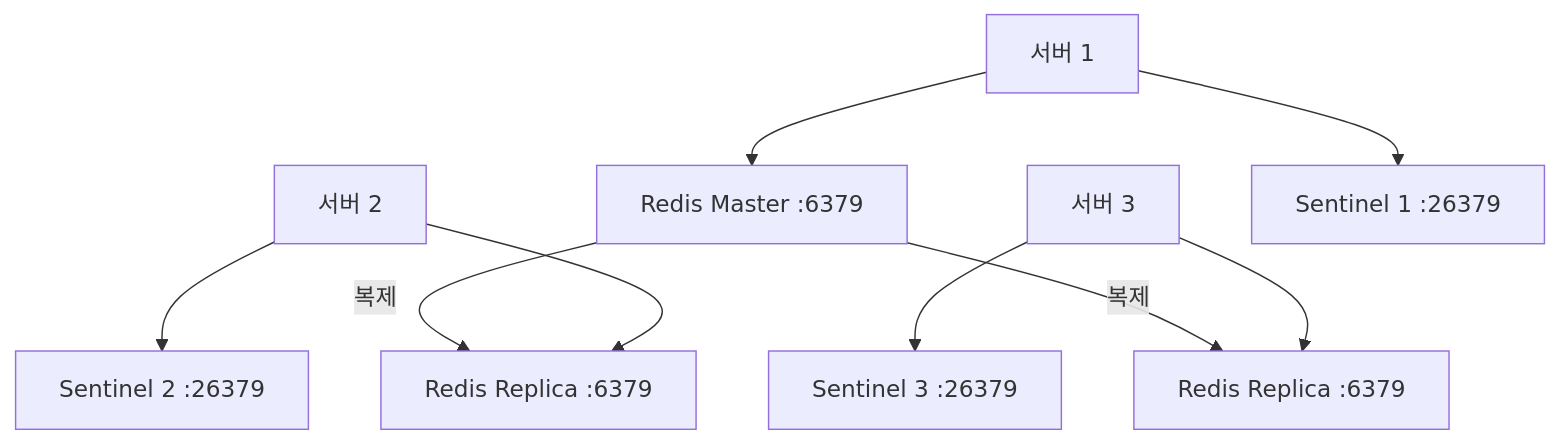
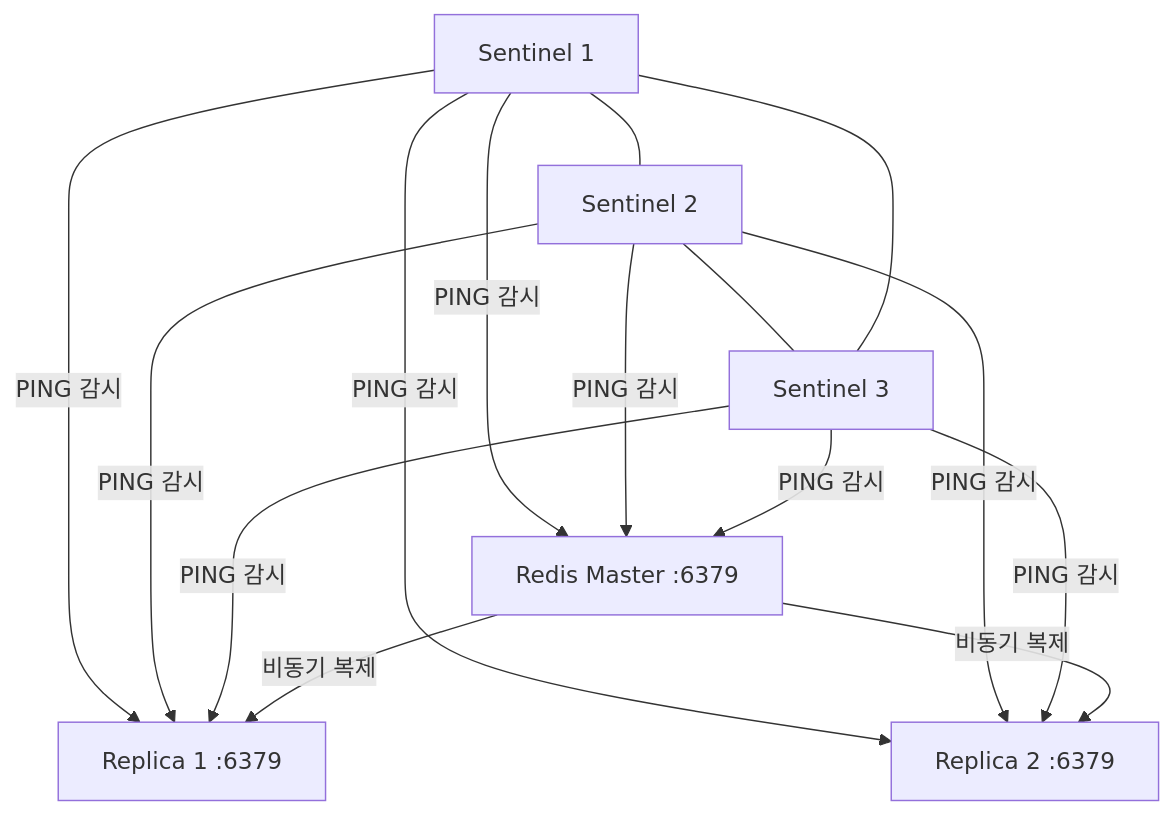
Before and after one commit to yjkim2015/yjkim2015.github.io: the second of 6 diagrams in _posts/redis/2026-05-01-redis-cluster-sentinel.md, drawn with Mermaid. The commit also changed other lines of this file and 122 other files, not shown here.

````diff
--- a/_posts/redis/2026-05-01-redis-cluster-sentinel.md
+++ b/_posts/redis/2026-05-01-redis-cluster-sentinel.md
@@ -173,14 +90,11 @@
 ```mermaid
 graph TD
-    SV1["서버 1"]
-    SV2["서버 2"]
-    SV3["서버 3"]
-    SV1 --> M["Redis Master :6379"]
-    SV1 --> S1["Sentinel 1 :26379"]
-    SV2 --> R1["Redis Replica :6379"]
-    SV2 --> S2["Sentinel 2 :26379"]
-    SV3 --> R2["Redis Replica :6379"]
-    SV3 --> S3["Sentinel 3 :26379"]
-    M -->|복제| R1
-    M -->|복제| R2
+    S1["Sentinel 1"] --- S2["Sentinel 2"]
+    S2 --- S3["Sentinel 3"]
+    S3 --- S1
+    S1 & S2 & S3 -->|"PING 감시"| M["Redis Master :6379"]
+    S1 & S2 & S3 -->|"PING 감시"| R1["Replica 1 :6379"]
+    S1 & S2 & S3 -->|"PING 감시"| R2["Replica 2 :6379"]
+    M -->|"비동기 복제"| R1
+    M -->|"비동기 복제"| R2
 ```
````
